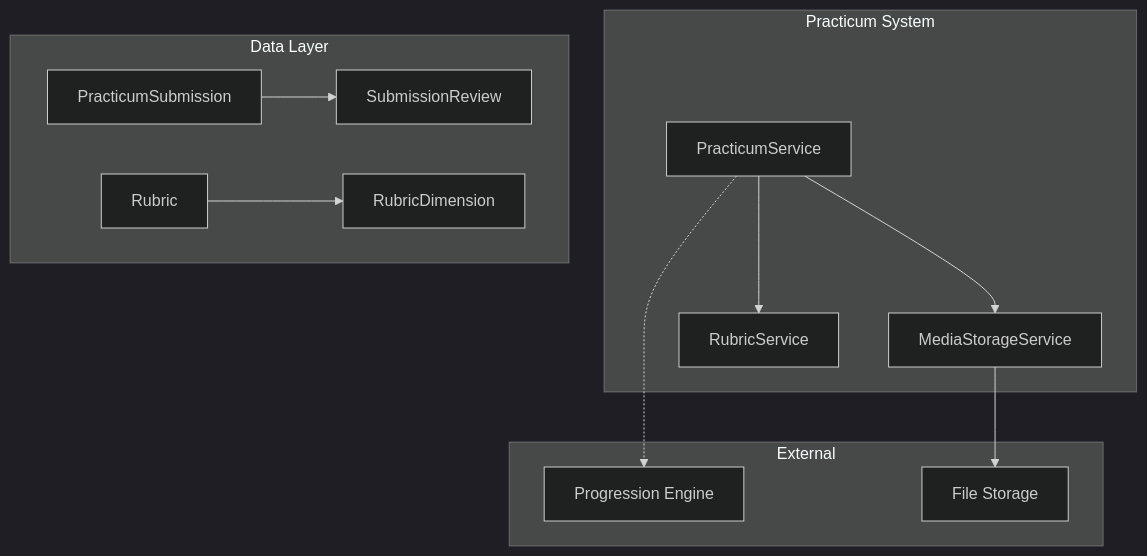
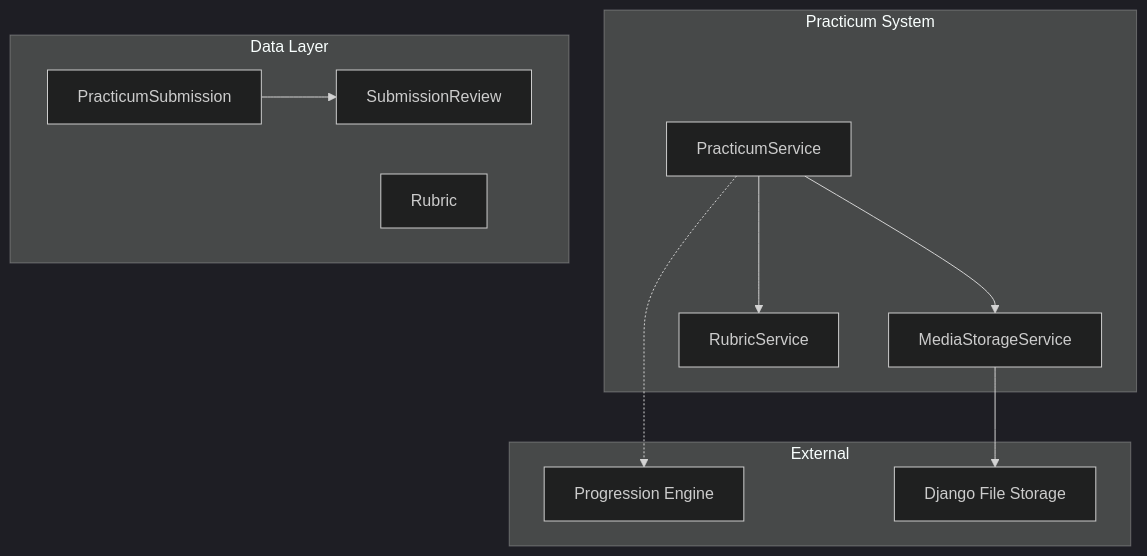
One commit to Wetende/crossview changed the diagram in .kiro/specs/practicum-system/design.md. Above: the diagram before and after it, drawn with Mermaid (dark theme). The commit also changed other lines of this file and 288 other files, not shown here.

First line of the commit message:
feat(crossview): Initialize Django LMS project structure with multi-app architecture

````diff
--- a/.kiro/specs/practicum-system/design.md
+++ b/.kiro/specs/practicum-system/design.md
@@ -9,26 +11,24 @@
 ```mermaid
 graph TB
     subgraph "Practicum System"
         PS[PracticumService]
         MS[MediaStorageService]
         RS[RubricService]
         PS --> MS
         PS --> RS
     end
     
     subgraph "Data Layer"
         SUB[PracticumSubmission]
         RUB[Rubric]
-        RD[RubricDimension]
         SR[SubmissionReview]
         SUB --> SR
-        RUB --> RD
     end
     
     subgraph "External"
         PE[Progression Engine]
         PS -.-> PE
-        STORAGE[File Storage]
+        STORAGE[Django File Storage]
         MS --> STORAGE
     end
 ```
````
